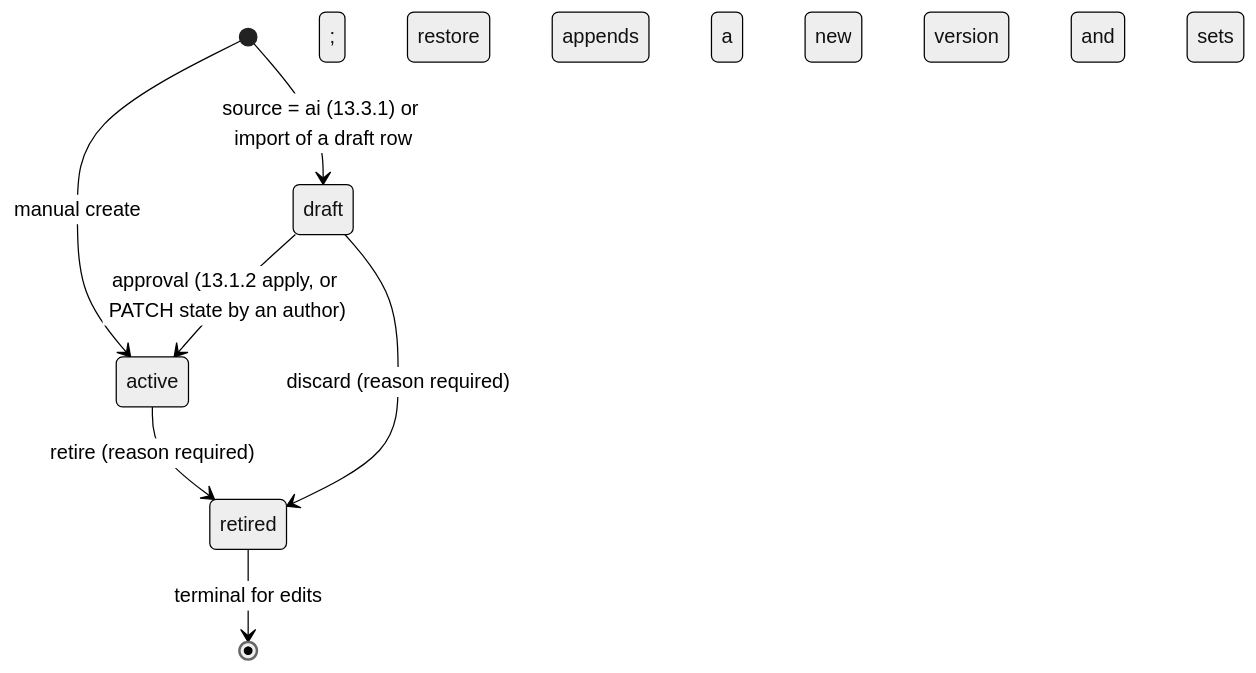
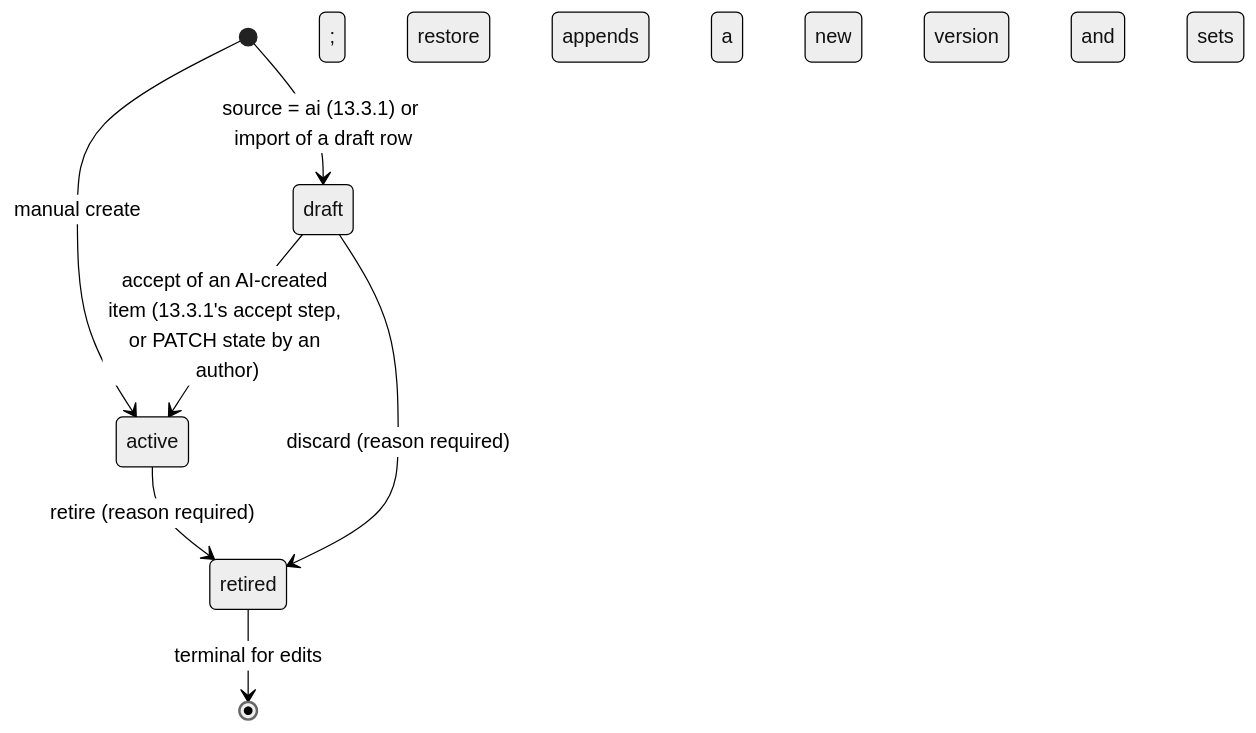
One commit to anglesen1120/Evidgate changed the diagram in plans/features/13-product-phases/13.1.1-feature-tree-and-manual-test-cases.md. Above: the diagram before and after it, drawn with Mermaid (neutral theme). The commit also changed other lines of this file and 5 other files, not shown here.

````diff
--- a/plans/features/13-product-phases/13.1.1-feature-tree-and-manual-test-cases.md
+++ b/plans/features/13-product-phases/13.1.1-feature-tree-and-manual-test-cases.md
@@ -194,9 +237,9 @@
 ```mermaid
 stateDiagram-v2
     [*] --> active: manual create
     [*] --> draft: source = ai (13.3.1) or import of a draft row
-    draft --> active: approval (13.1.2 apply, or PATCH state by an author)
+    draft --> active: accept of an AI-created item (13.3.1's accept step, or PATCH state by an author)
     active --> retired: retire (reason required)
     draft --> retired: discard (reason required)
     retired --> [*]: terminal for edits; restore appends a new version and sets active
 ```
````
